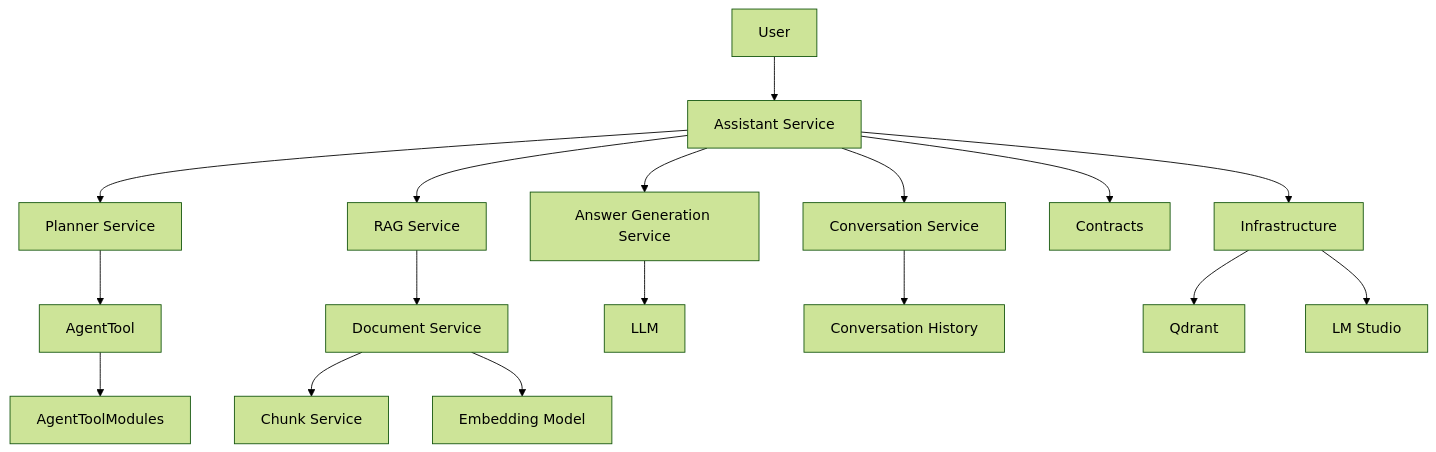
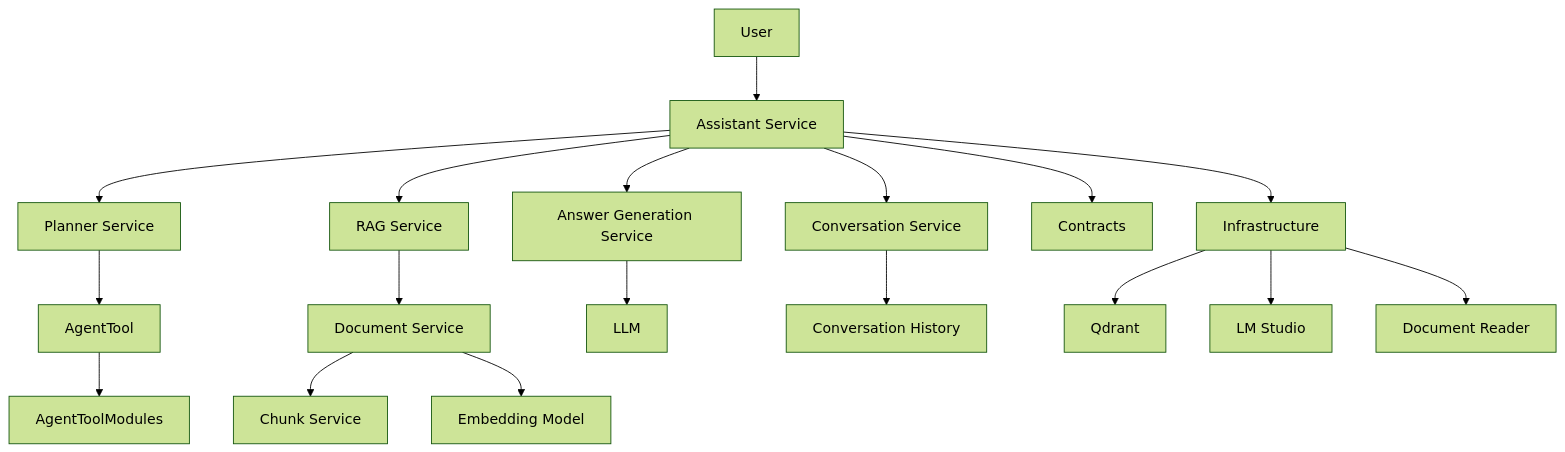
The fifth of 5 diagrams in Readme.md (mahdikazemi96/PersonalAiAssistant), drawn with Mermaid (forest theme) before and after one commit.

Commit message:
change mermaid for structure

````diff
--- a/Readme.md
+++ b/Readme.md
@@ -252,27 +252,28 @@
 ```mermaid
 flowchart TD
     A[User] --> B[Assistant Service]
 
     B --> C[Planner Service]
     B --> D[Conversation Service]
     B --> E[RAG Service]
     B --> F[Answer Generation Service]
 
     C --> G[AgentTool]
     G --> H[AgentToolModules]
 
     E --> I[Document Service]
 
     I --> K[Chunk Service]
     I --> L[Embedding Model]
 
     F --> M[LLM]
 
     D --> N[Conversation History]
 
     B --> O[Contracts]
     B --> P[Infrastructure]
 
     P --> Q[Qdrant]
     P --> R[LM Studio]
+    P --> S[Document Reader]
 ```
````
